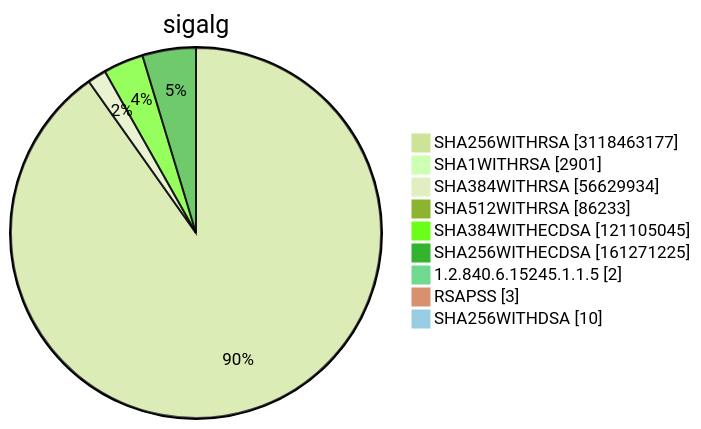
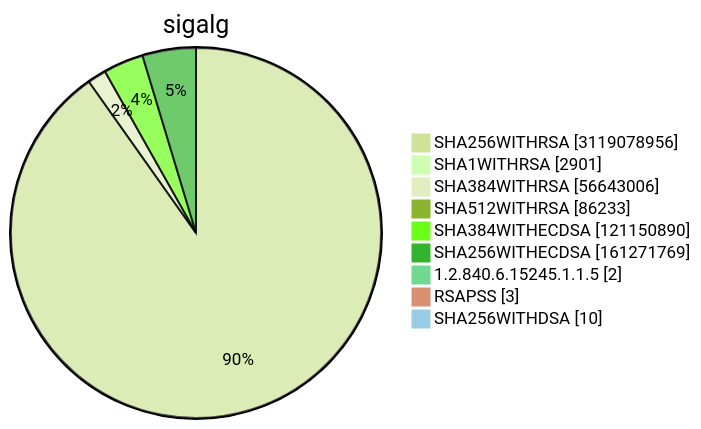
Before and after one commit to christiankrug/ctmonitor_visualization: diagram 15 of 15 in TOTAL/README.md, drawn with Mermaid (forest theme). The commit also changed other lines of this file, not shown here.

````diff
--- a/TOTAL/README.md
+++ b/TOTAL/README.md
@@ -6212,13 +6212,13 @@
 ```mermaid
 pie showData
 title sigalg
-"SHA256WITHRSA" :3118463177
+"SHA256WITHRSA" :3119078956
 "SHA1WITHRSA" :2901
-"SHA384WITHRSA" :56629934
+"SHA384WITHRSA" :56643006
 "SHA512WITHRSA" :86233
-"SHA384WITHECDSA" :121105045
-"SHA256WITHECDSA" :161271225
+"SHA384WITHECDSA" :121150890
+"SHA256WITHECDSA" :161271769
 "1.2.840.6.15245.1.1.5" :2
 "RSAPSS" :3
 "SHA256WITHDSA" :10
 ```
````
